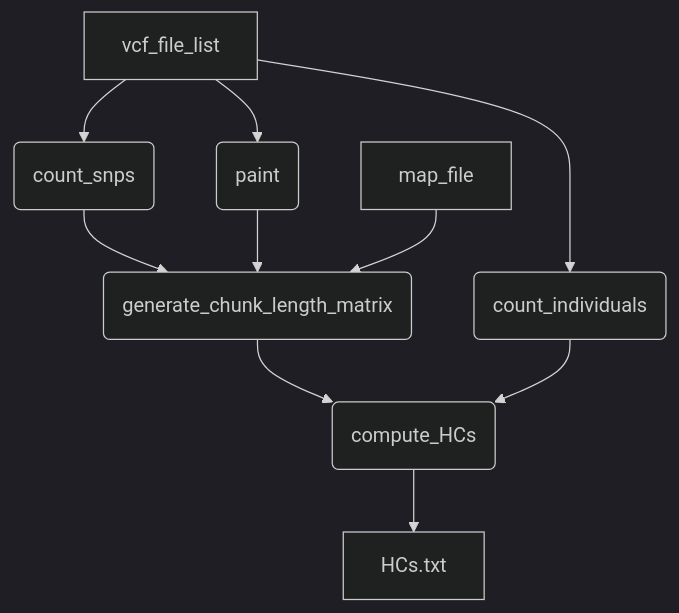
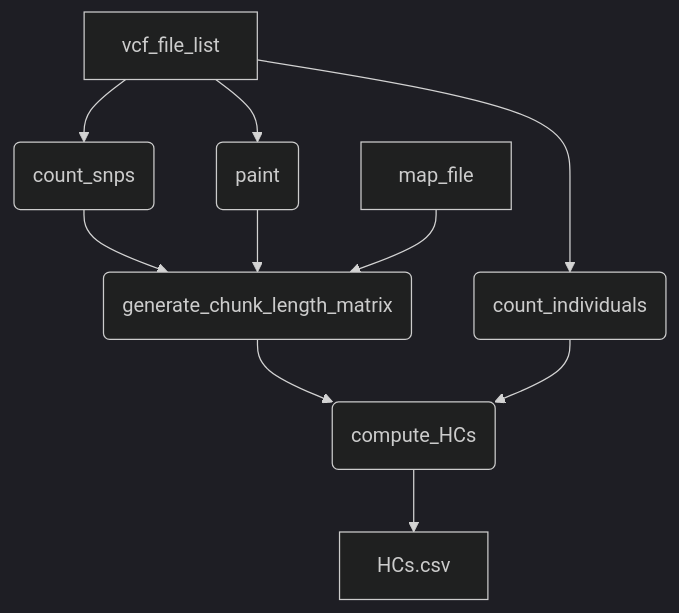
The diagram in README.md (MRCIEU/pipeline-nf-haplotype-components), drawn with Mermaid (dark theme) before and after one commit. The commit also changed other lines of this file, not shown here.

````diff
--- a/README.md
+++ b/README.md
@@ -16,12 +16,12 @@
 ```mermaid
 flowchart TD
     A[vcf_file_list] --> B(count_snps)
     A --> C(paint)
     A --> D(count_individuals)
     B --> E(generate_chunk_length_matrix)
     C --> E
     G[map_file] --> E
     E --> F(compute_HCs)
     D --> F
-    F --> H[HCs.txt]
+    F --> H[HCs.csv]
 ```
````
